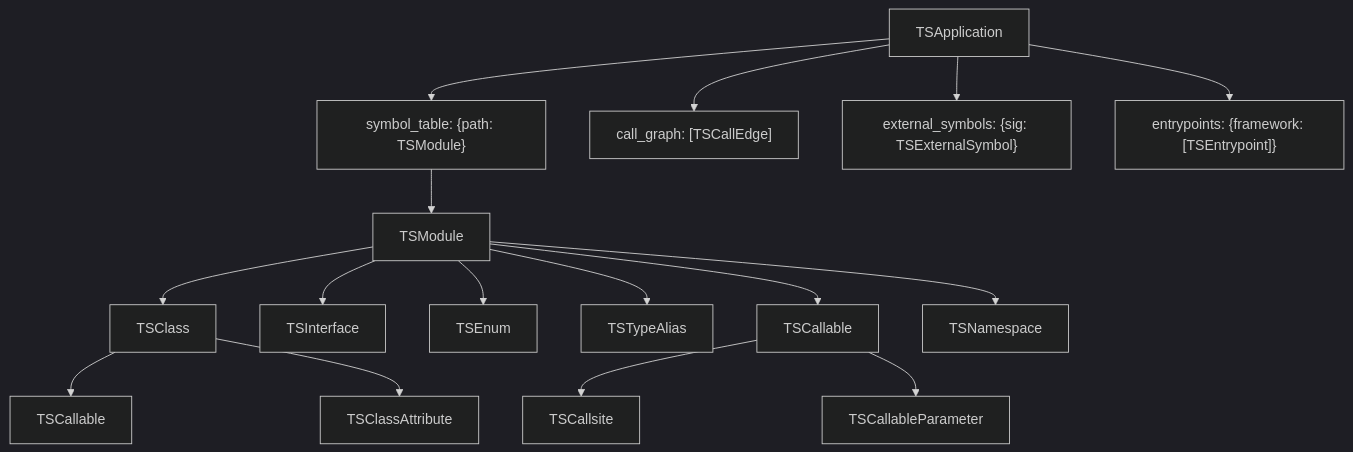
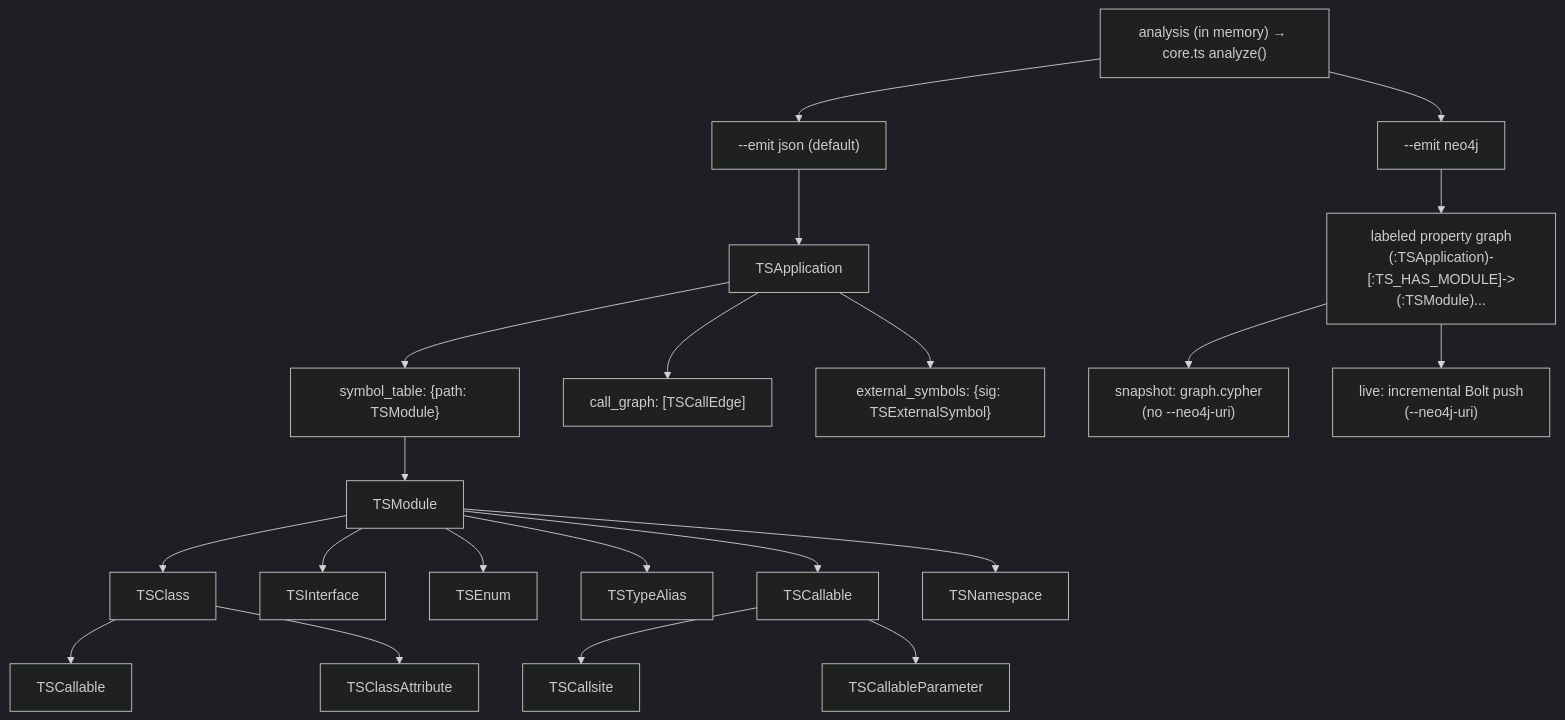
The diagram in src/content/docs/reference/schema.mdx (codellm-devkit/codeanalyzer-typescript), drawn with Mermaid (dark theme) before and after one commit. The commit also changed other lines of this file and 13 other files, not shown here.

First line of the commit message:
docs: document Neo4j property-graph output (scale, Kubernetes, enterprise)

````diff
--- a/src/content/docs/reference/schema.mdx
+++ b/src/content/docs/reference/schema.mdx
@@ -10,18 +12,26 @@
 ```mermaid
 flowchart TB
-    APP[TSApplication] --> ST["symbol_table: {path: TSModule}"]
+    IR["analysis (in memory) → core.ts analyze()"]
+    IR --> JSON["--emit json (default)"]
+    IR --> GRAPH["--emit neo4j"]
+
+    JSON --> APP[TSApplication]
+    APP --> ST["symbol_table: {path: TSModule}"]
     APP --> CG["call_graph: [TSCallEdge]"]
     APP --> EX["external_symbols: {sig: TSExternalSymbol}"]
-    APP --> EP["entrypoints: {framework: [TSEntrypoint]}"]
     ST --> MOD[TSModule]
     MOD --> CLS[TSClass]
     MOD --> IF[TSInterface]
     MOD --> EN[TSEnum]
     MOD --> TA[TSTypeAlias]
     MOD --> FN[TSCallable]
     MOD --> NS[TSNamespace]
     CLS --> M[TSCallable]
     CLS --> ATTR[TSClassAttribute]
     FN --> CALL[TSCallsite]
     FN --> PARAM[TSCallableParameter]
+
+    GRAPH --> PG["labeled property graph<br/>(:TSApplication)-[:TS_HAS_MODULE]->(:TSModule)..."]
+    PG --> SNAP["snapshot: graph.cypher<br/>(no --neo4j-uri)"]
+    PG --> BOLT["live: incremental Bolt push<br/>(--neo4j-uri)"]
 ```
````
